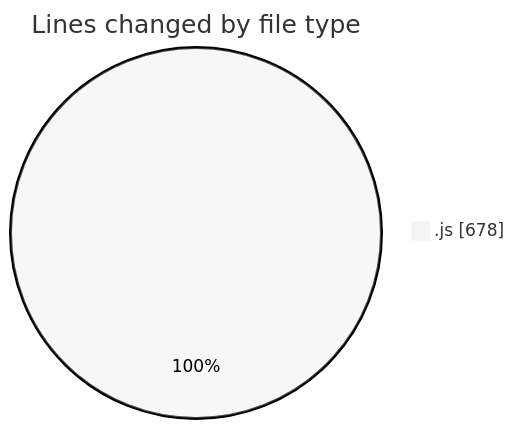
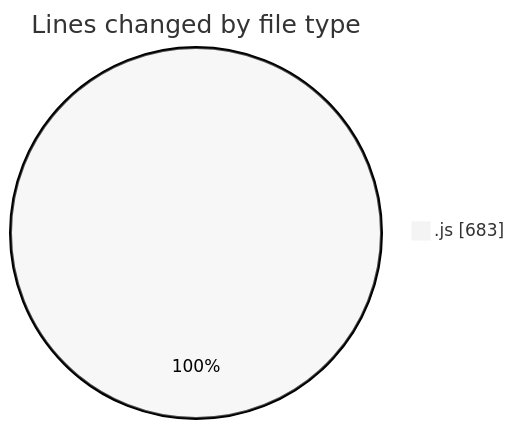
The first of 2 diagrams in 2025-02-04/cda/README.md (momahboobian/code-tracking), drawn with Mermaid (neutral theme) before and after one commit. The commit also changed other lines of this file and 1 other file, not shown here.

````diff
--- a/2025-02-04/cda/README.md
+++ b/2025-02-04/cda/README.md
@@ -22,5 +22,5 @@
 ```mermaid
 pie showData
 title Lines changed by file type
-".js" : 678
+".js" : 683
 ```
````
